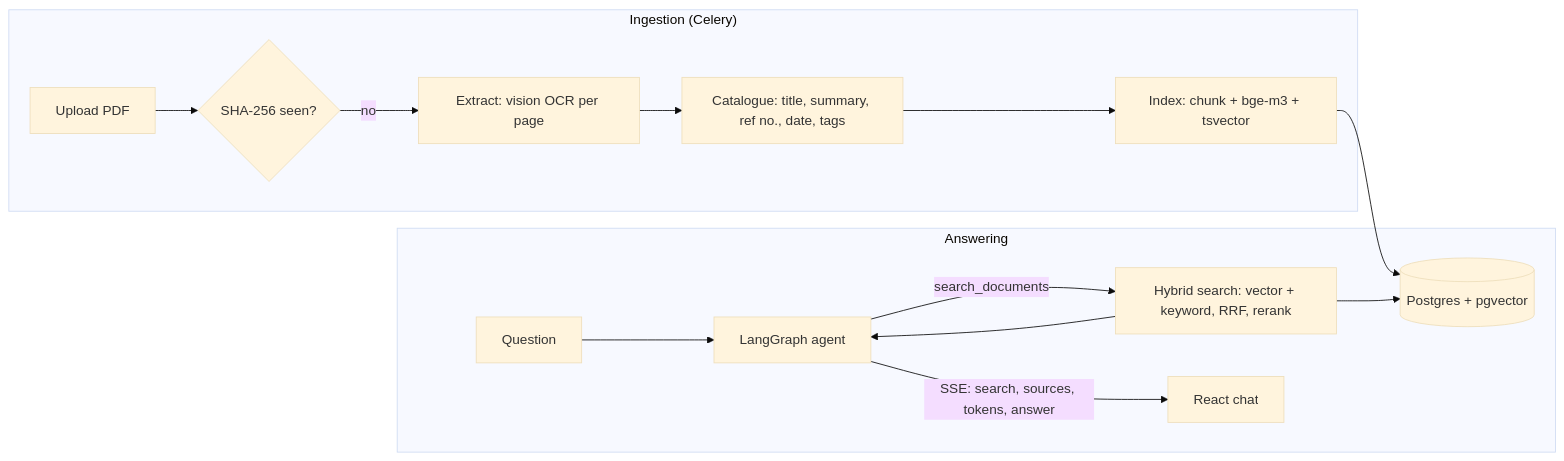
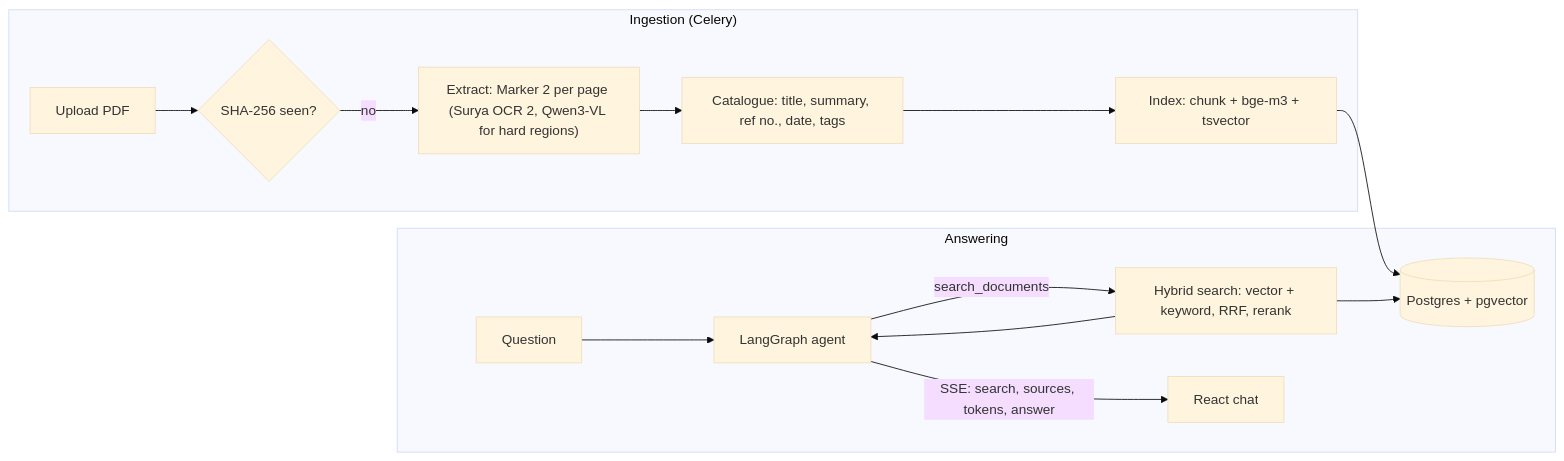
One commit to mjcarnaje/catsight.ai changed the diagram in README.md. Above: the diagram before and after it, drawn with Mermaid (base theme). The commit also changed other lines of this file and 13 other files, not shown here.

First line of the commit message:
feat(ocr): Marker 2 with Surya OCR 2 and an LLM mode

````diff
--- a/README.md
+++ b/README.md
@@ -35,18 +35,18 @@
 ```mermaid
 flowchart LR
   subgraph Ingest["Ingestion (Celery)"]
     U[Upload PDF] --> D{"SHA-256 seen?"}
-    D -->|no| X["Extract: vision OCR per page"]
+    D -->|no| X["Extract: Marker 2 per page (Surya OCR 2, Qwen3-VL for hard regions)"]
     X --> S["Catalogue: title, summary, ref no., date, tags"]
     S --> I["Index: chunk + bge-m3 + tsvector"]
   end
   I --> PG[(Postgres + pgvector)]
 
   subgraph Ask["Answering"]
     Q[Question] --> A[LangGraph agent]
     A -->|search_documents| H["Hybrid search: vector + keyword, RRF, rerank"]
     H --> PG
     H --> A
     A -->|"SSE: search, sources, tokens, answer"| UI[React chat]
   end
 ```
````
